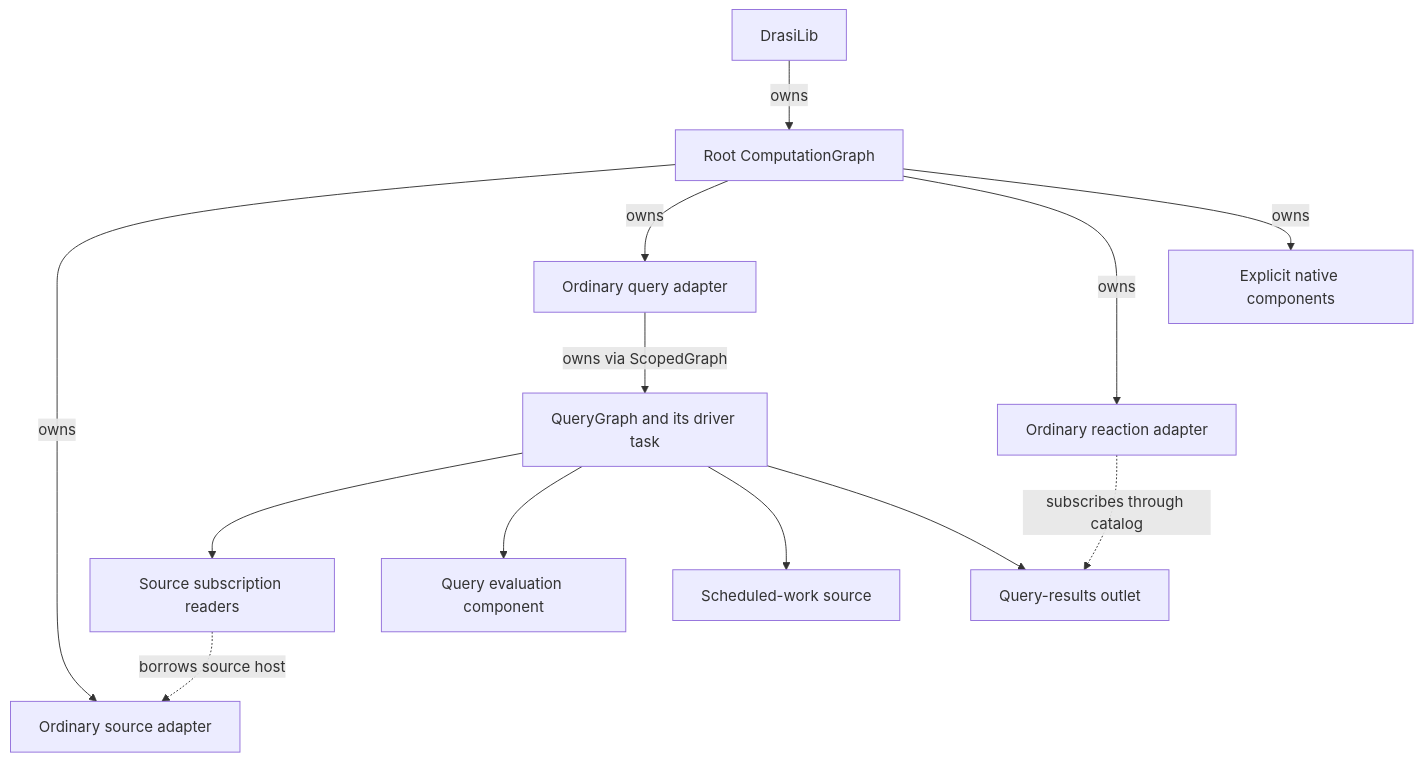
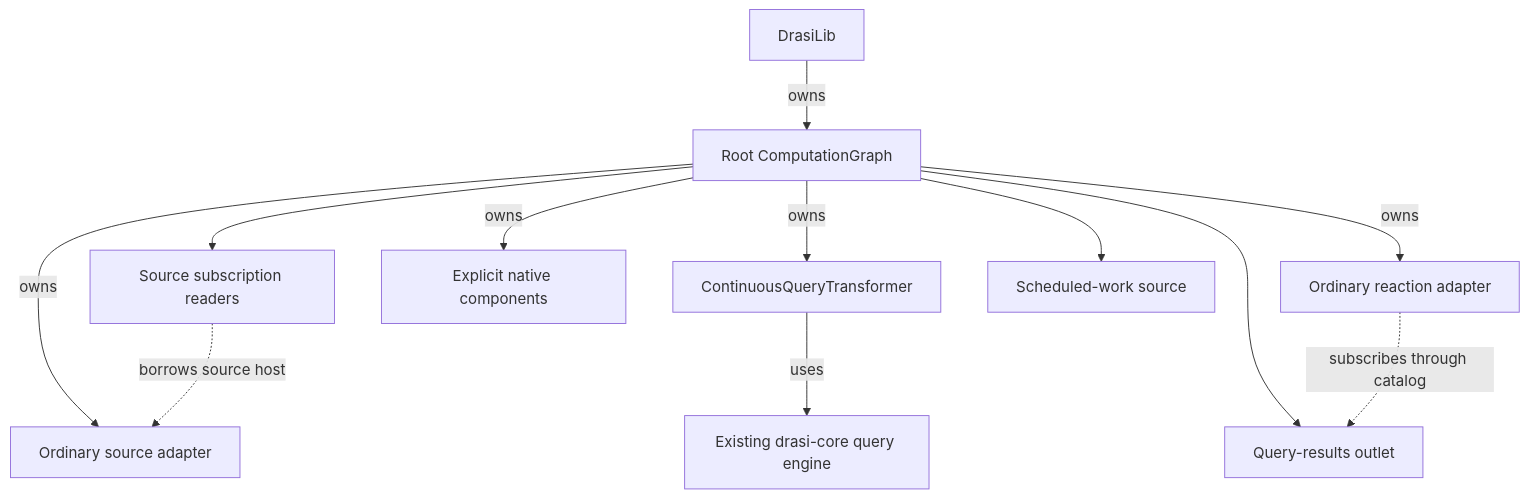
The first of 2 diagrams in lib/docs/computation-graph-maintainers-guide.md (drasi-project/drasi-core), drawn with Mermaid before and after one commit. The commit also changed other lines of this file and 60 other files, not shown here.

First line of the commit message:
refactor: consolidate computation graph query hosting

````diff
--- a/lib/docs/computation-graph-maintainers-guide.md
+++ b/lib/docs/computation-graph-maintainers-guide.md
@@ -112,15 +113,14 @@
 ```mermaid
 flowchart TB
     D[DrasiLib] -->|owns| R[Root ComputationGraph]
     R -->|owns| S[Ordinary source adapter]
-    R -->|owns| Q[Ordinary query adapter]
+    R -->|owns| Q[ContinuousQueryTransformer]
     R -->|owns| A[Ordinary reaction adapter]
     R -->|owns| N[Explicit native components]
-    Q -->|owns via ScopedGraph| G[QueryGraph and its driver task]
-    G --> SR[Source subscription readers]
-    G --> EV[Query evaluation component]
-    G --> TM[Scheduled-work source]
-    G --> OUT[Query-results outlet]
+    Q -->|uses| EV[Existing drasi-core query engine]
+    R --> SR[Source subscription readers]
+    R --> TM[Scheduled-work source]
+    R --> OUT[Query-results outlet]
     SR -. borrows source host .-> S
     A -. subscribes through catalog .-> OUT
 ```
````
